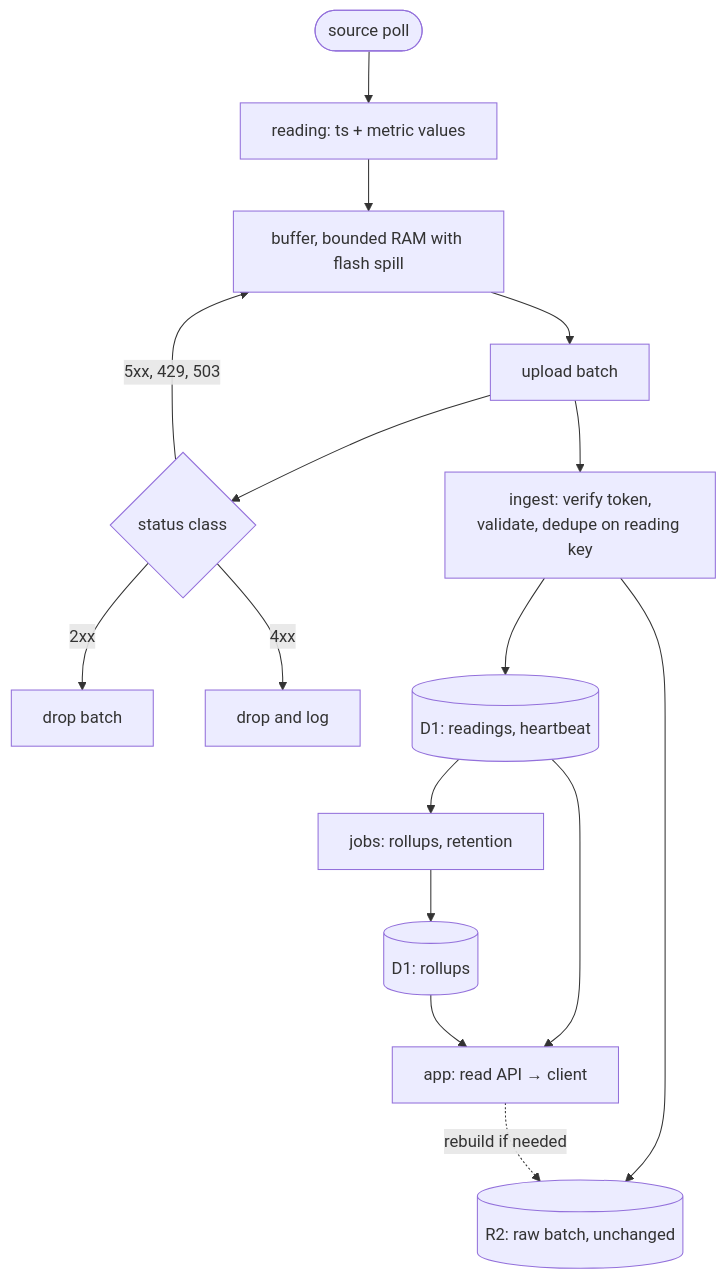
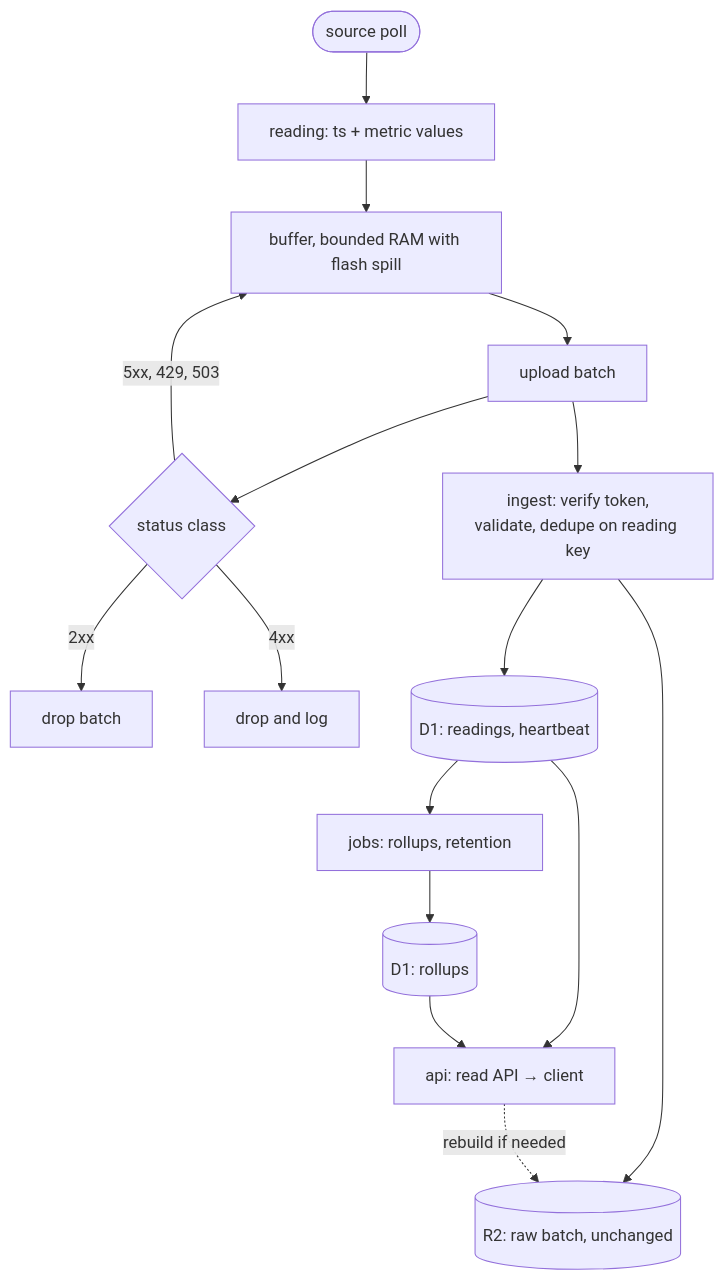
The second of 2 diagrams in docs/DESIGN.md (fabbrito/magellan-cloud), drawn with Mermaid before and after one commit. The commit also changed other lines of this file and 15 other files, not shown here.

Commit message:
refactor(api-worker): rename from app-worker, drop Access

````diff
--- a/docs/DESIGN.md
+++ b/docs/DESIGN.md
@@ -235,18 +235,18 @@
 ```mermaid
 flowchart TD
     A([source poll]) --> B[reading: ts + metric values]
     B --> C[buffer, bounded RAM with flash spill]
     C --> D[upload batch]
     D --> E{status class}
     E -->|2xx| F[drop batch]
     E -->|4xx| G[drop and log]
     E -->|5xx, 429, 503| C
     D --> H[ingest: verify token,<br/>validate, dedupe on reading key]
     H --> I[(R2: raw batch, unchanged)]
     H --> J[(D1: readings, heartbeat)]
     J --> K[jobs: rollups, retention]
     K --> L[(D1: rollups)]
-    J --> M[app: read API → client]
+    J --> M[api: read API → client]
     L --> M
     M -.->|rebuild if needed| I
 ```
````
